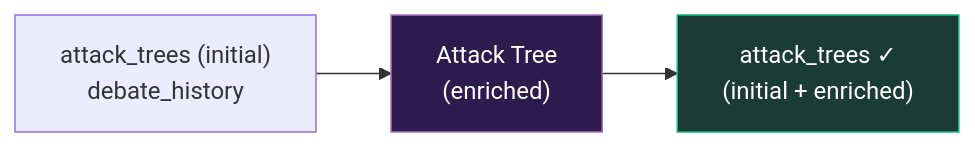
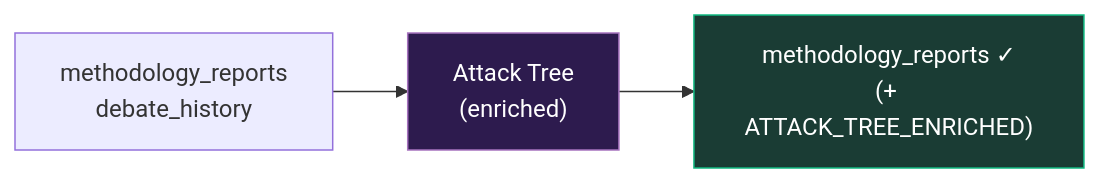
One commit to philocyber/agent-threat-modeler changed the fifth of 10 diagrams in docs/10_flujo_de_datos.md. Above: the diagram before and after it, drawn with Mermaid. The commit also changed other lines of this file and 56 other files, not shown here.

````diff
--- a/docs/10_flujo_de_datos.md
+++ b/docs/10_flujo_de_datos.md
@@ -149,8 +151,8 @@
 ```mermaid
 flowchart LR
-    STATE3["attack_trees (initial)<br/>debate_history"] --> ATE["Attack Tree<br/>(enriched)"]
-    ATE --> STATE35["attack_trees ✓<br/>(initial + enriched)"]
+    STATE3["methodology_reports<br/>debate_history"] --> ATE["Attack Tree<br/>(enriched)"]
+    ATE --> STATE35["methodology_reports ✓<br/>(+ ATTACK_TREE_ENRICHED)"]
 
     style ATE fill:#2d1b4e,stroke:#a773bf,color:#fff
     style STATE35 fill:#1a3c34,stroke:#10b981,color:#fff
 ```
````
